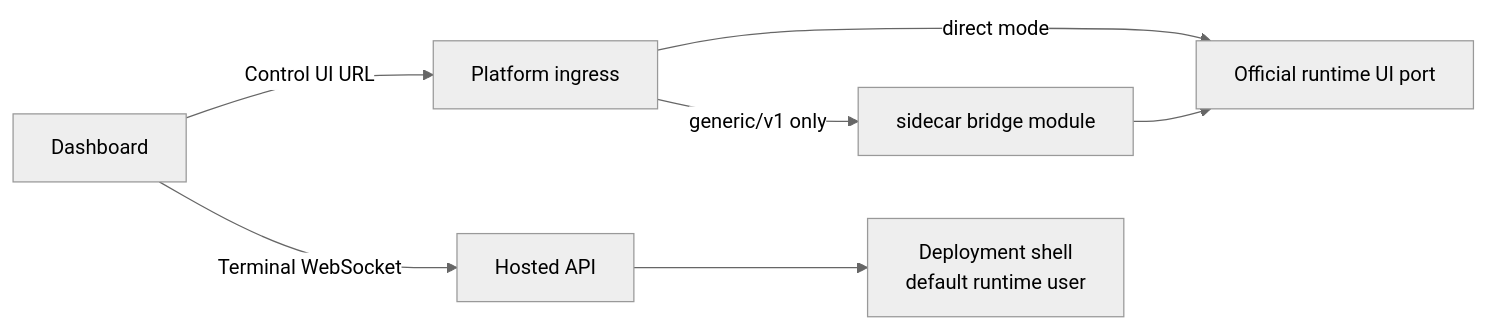
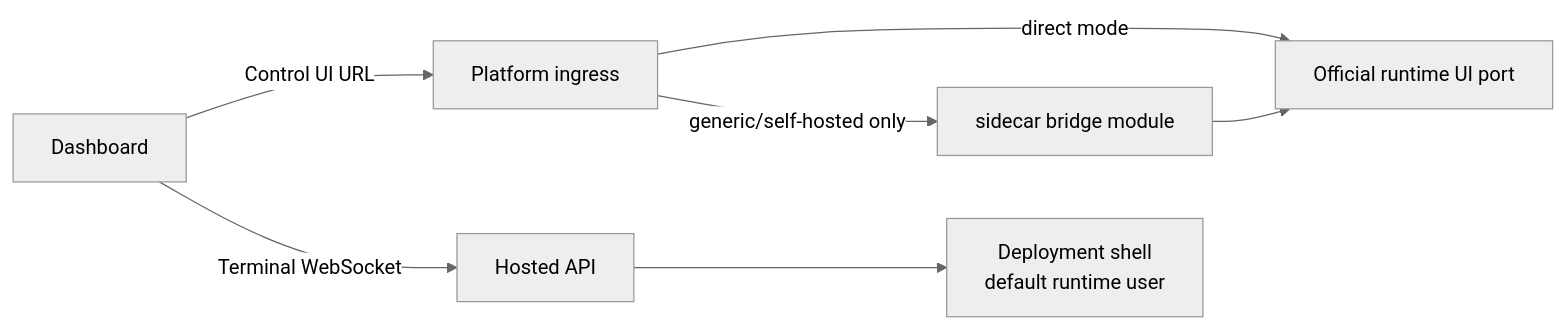
One commit to Clawdi-AI/clawdi changed the second of 2 diagrams in docs/managed-runtime.md. Above: the diagram before and after it, drawn with Mermaid (neutral theme). The commit also changed other lines of this file and 12 other files, not shown here.

````diff
--- a/docs/managed-runtime.md
+++ b/docs/managed-runtime.md
@@ -822,9 +822,9 @@
 ```mermaid
 flowchart LR
     Dashboard[Dashboard] -->|Control UI URL| Ingress[Platform ingress]
     Ingress -->|direct mode| RuntimeUI[Official runtime UI port]
-    Ingress -->|generic/v1 only| Bridge[sidecar bridge module]
+    Ingress -->|generic/self-hosted only| Bridge[sidecar bridge module]
     Bridge --> RuntimeUI
     Dashboard -->|Terminal WebSocket| HostedAPI[Hosted API]
     HostedAPI --> Shell[Deployment shell<br/>default runtime user]
 ```
````
